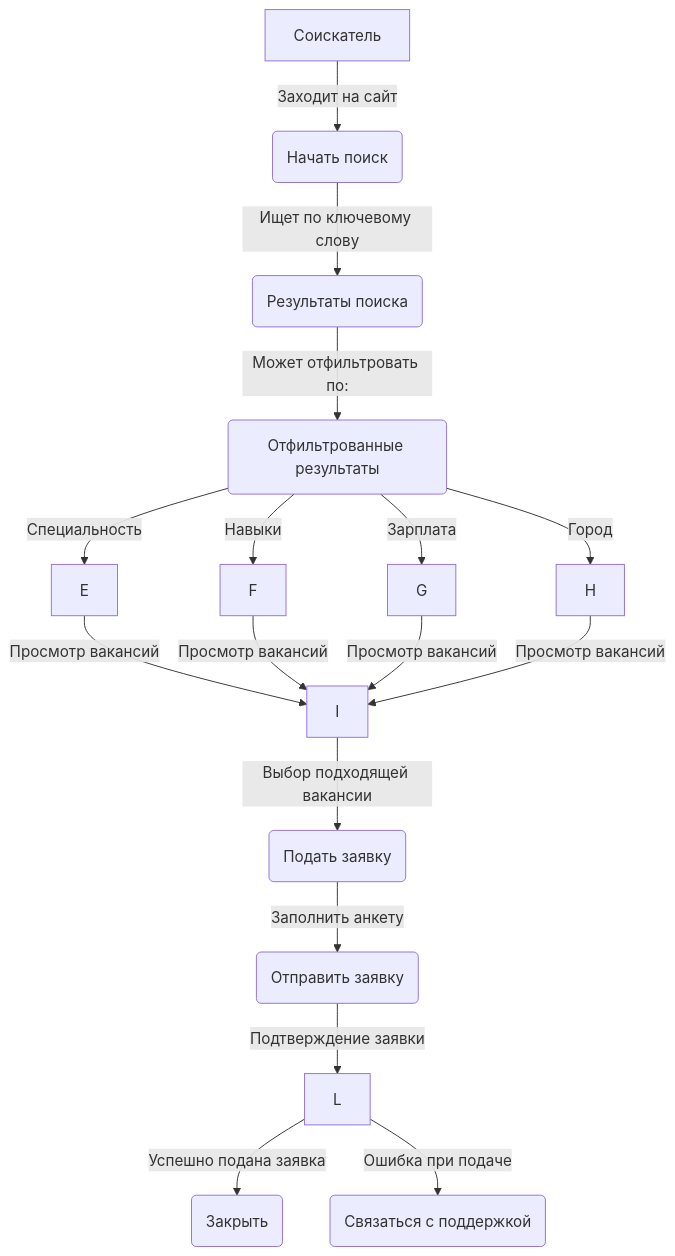
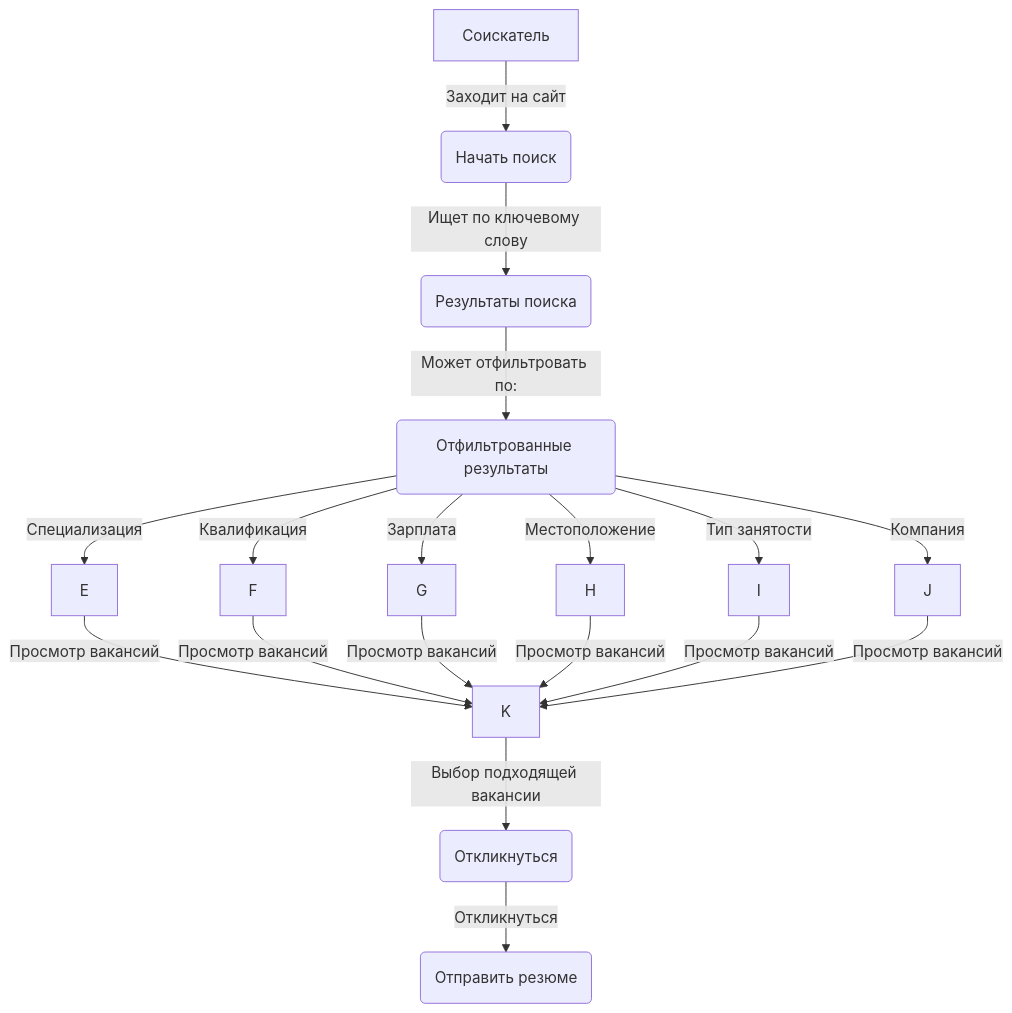
Before and after one commit to EphimSh/careerhabr_tests: the diagram in README.md, drawn with Mermaid.

````diff
--- a/README.md
+++ b/README.md
@@ -41,19 +41,20 @@
 ```mermaid
 graph TD
     A[Соискатель] -->|Заходит на сайт| B(Начать поиск)
     B -->|Ищет по ключевому слову| C(Результаты поиска)
     C -->|Может отфильтровать по:| D(Отфильтрованные результаты)
-    D -->|Специальность| E
-    D -->|Навыки| F
+    D -->|Специализация| E
+    D -->|Квалификация| F
     D -->|Зарплата| G
-    D -->|Город| H
-    E -->|Просмотр вакансий| I
-    F -->|Просмотр вакансий| I
-    G -->|Просмотр вакансий| I
-    H -->|Просмотр вакансий| I
-    I -->|Выбор подходящей вакансии| J(Подать заявку)
-    J -->|Заполнить анкету| K(Отправить заявку)
-    K -->|Подтверждение заявки| L
-    L -->|Успешно подана заявка| M(Закрыть)
-    L -->|Ошибка при подаче| N(Связаться с поддержкой)
+    D -->|Местоположение| H
+    D -->|Тип занятости| I
+    D -->|Компания| J
+    E -->|Просмотр вакансий| K
+    F -->|Просмотр вакансий| K
+    G -->|Просмотр вакансий| K
+    H -->|Просмотр вакансий| K
+    I -->|Просмотр вакансий| K
+    J -->|Просмотр вакансий| K
+    K -->|Выбор подходящей вакансии| L(Откликнуться)
+    L -->|Откликнуться| M(Отправить резюме)
 ```
````
